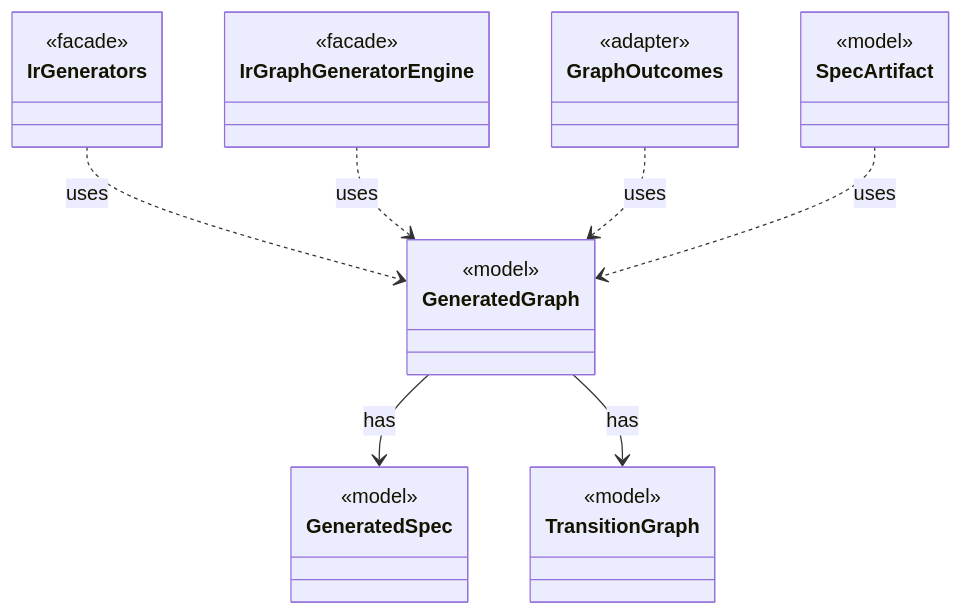
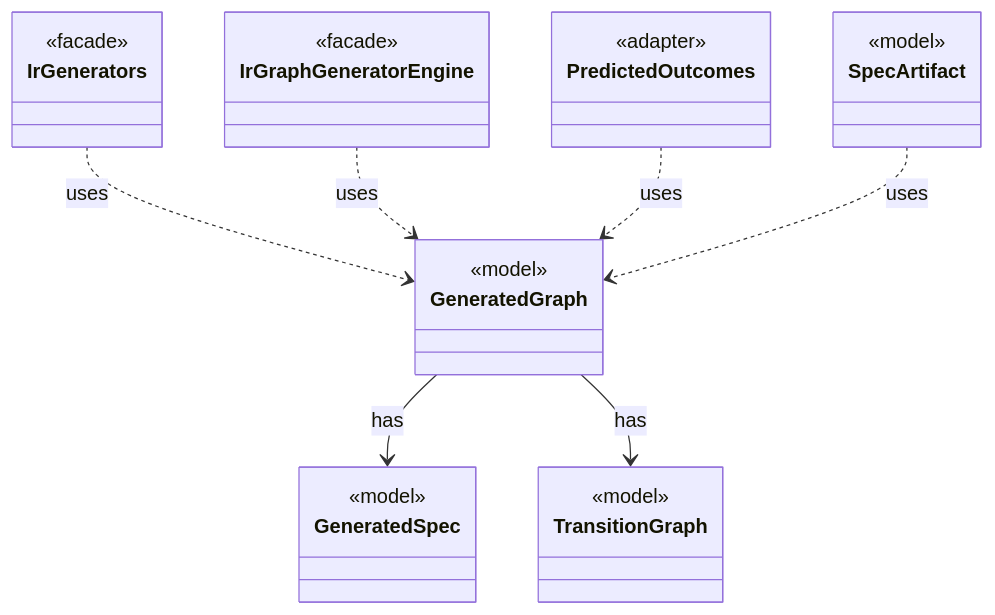
One commit to tlaplus/model-checker-hardening changed the diagram in dev/types/io.github.tlaplus.hardening.gen.graph.GeneratedGraph.md. Above: the diagram before and after it, drawn with Mermaid. The commit also changed other lines of this file and 454 other files, not shown here.

````diff
--- a/dev/types/io.github.tlaplus.hardening.gen.graph.GeneratedGraph.md
+++ b/dev/types/io.github.tlaplus.hardening.gen.graph.GeneratedGraph.md
@@ -9,30 +9,30 @@
 ```mermaid
 classDiagram
   class GeneratedGraph {
     <<model>>
   }
   class GeneratedSpec {
     <<model>>
   }
   class TransitionGraph {
     <<model>>
   }
   class IrGenerators {
     <<facade>>
   }
   class IrGraphGeneratorEngine {
     <<facade>>
   }
-  class GraphOutcomes {
+  class PredictedOutcomes {
     <<adapter>>
   }
   class SpecArtifact {
     <<model>>
   }
   GeneratedGraph --> GeneratedSpec : has
   GeneratedGraph --> TransitionGraph : has
   IrGenerators ..> GeneratedGraph : uses
   IrGraphGeneratorEngine ..> GeneratedGraph : uses
-  GraphOutcomes ..> GeneratedGraph : uses
+  PredictedOutcomes ..> GeneratedGraph : uses
   SpecArtifact ..> GeneratedGraph : uses
 ```
````
